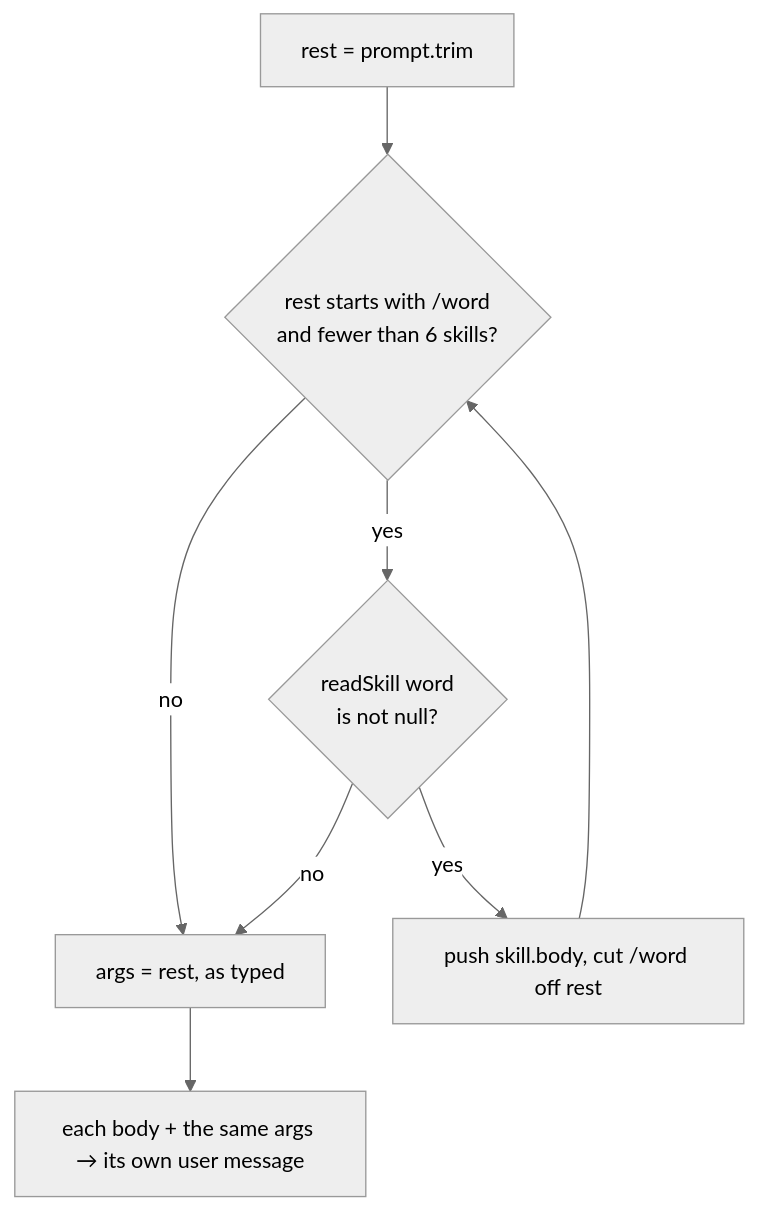
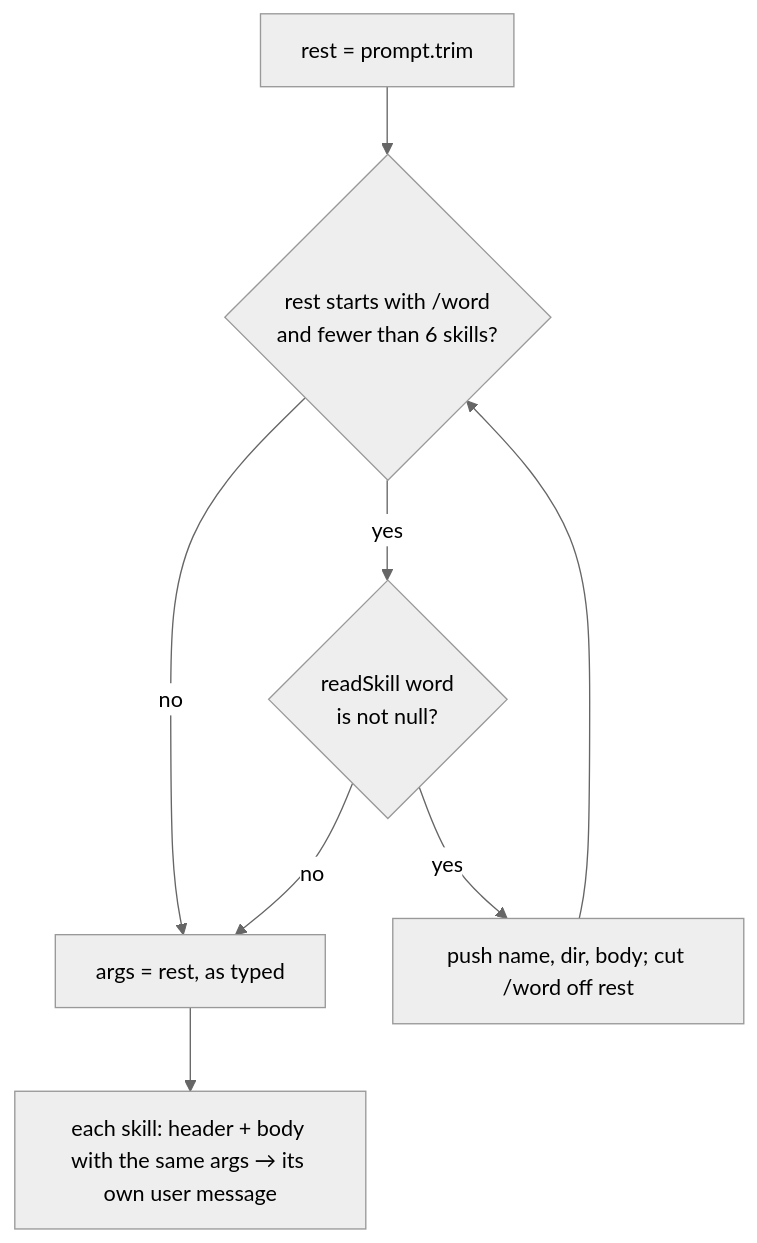
Before and after one commit to shreyaspangal/claude-code: the second of 2 diagrams in WORKFLOW.md, drawn with Mermaid (neutral theme). The commit also changed other lines of this file and 1 other file, not shown here.

First line of the commit message:
feat: Tell the model each skill's folder so bundled scripts resolve

````diff
--- a/WORKFLOW.md
+++ b/WORKFLOW.md
@@ -38,9 +38,9 @@
 ```mermaid
 flowchart TD
     A[rest = prompt.trim] --> B{rest starts with /word<br/>and fewer than 6 skills?}
     B -- no --> E[args = rest, as typed]
     B -- yes --> C{readSkill word<br/>is not null?}
     C -- no --> E
-    C -- yes --> D[push skill.body, cut /word off rest] --> B
-    E --> F[each body + the same args → its own user message]
+    C -- yes --> D[push name, dir, body; cut /word off rest] --> B
+    E --> F[each skill: header + body with the same args → its own user message]
 ```
````
